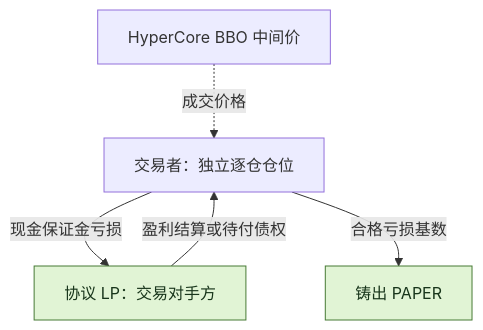
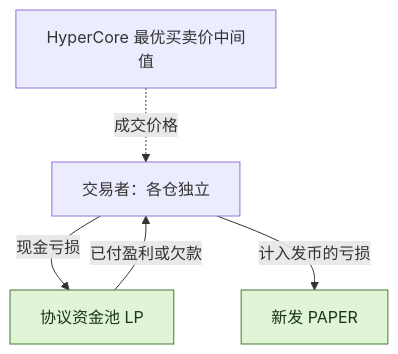
One commit to KoNit-K/papertrade-lab changed the first of 2 diagrams in README.zh-CN.md. Above: the diagram before and after it, drawn with Mermaid. The commit also changed other lines of this file and 6 other files, not shown here.

````diff
--- a/README.zh-CN.md
+++ b/README.zh-CN.md
@@ -89,9 +91,9 @@
 ```mermaid
 flowchart TB
-    Price[HyperCore BBO 中间价] -.->|成交价格| Trader[交易者：独立逐仓仓位]
-    Trader -->|现金保证金亏损| Pool[协议 LP：交易对手方]
-    Pool -->|盈利结算或待付债权| Trader
-    Trader -->|合格亏损基数| PAPER[铸出 PAPER]
+    Price[HyperCore 最优买卖价中间值] -.->|成交价格| Trader[交易者：各仓独立]
+    Trader -->|现金亏损| Pool[协议资金池 LP]
+    Pool -->|已付盈利或欠款| Trader
+    Trader -->|计入发币的亏损| PAPER[新发 PAPER]
     classDef accent fill:#e1f4d5,stroke:#477a35,color:#18351b
     class Pool,PAPER accent
 ```
````
